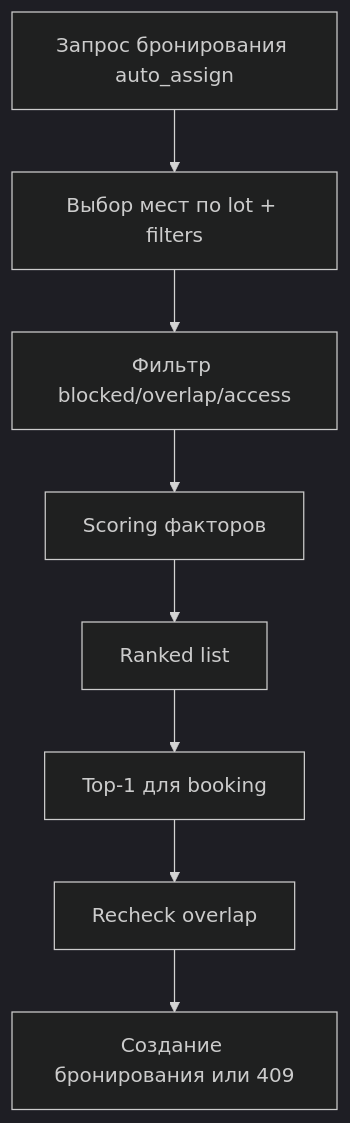
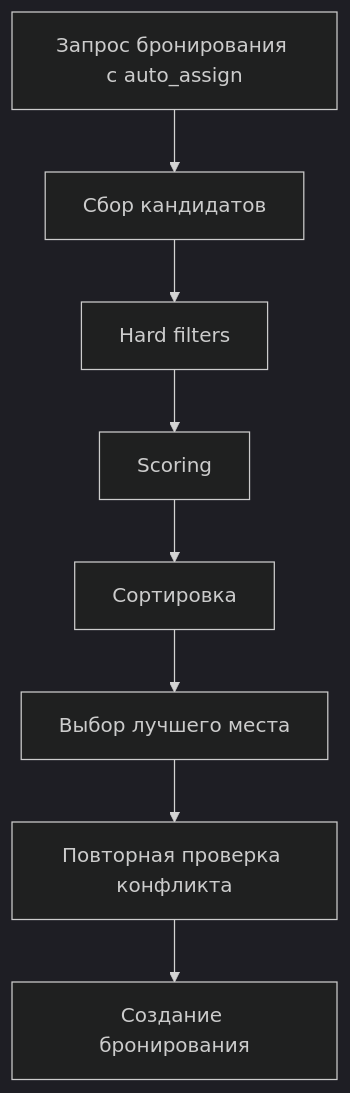
One commit to NickGAce/smart_parking_s changed the fourth of 6 diagrams in docs/smart-system-overview.md. Above: the diagram before and after it, drawn with Mermaid (dark theme). The commit also changed other lines of this file, not shown here.

````diff
--- a/docs/smart-system-overview.md
+++ b/docs/smart-system-overview.md
@@ -139,10 +242,10 @@
 ```mermaid
 flowchart TD
-    A[Запрос бронирования auto_assign] --> B[Выбор мест по lot + filters]
-    B --> C[Фильтр blocked/overlap/access]
-    C --> D[Scoring факторов]
-    D --> E[Ranked list]
-    E --> F[Top-1 для booking]
-    F --> G[Recheck overlap]
-    G --> H[Создание бронирования или 409]
+    A[Запрос бронирования с auto_assign] --> B[Сбор кандидатов]
+    B --> C[Hard filters]
+    C --> D[Scoring]
+    D --> E[Сортировка]
+    E --> F[Выбор лучшего места]
+    F --> G[Повторная проверка конфликта]
+    G --> H[Создание бронирования]
 ```
````
